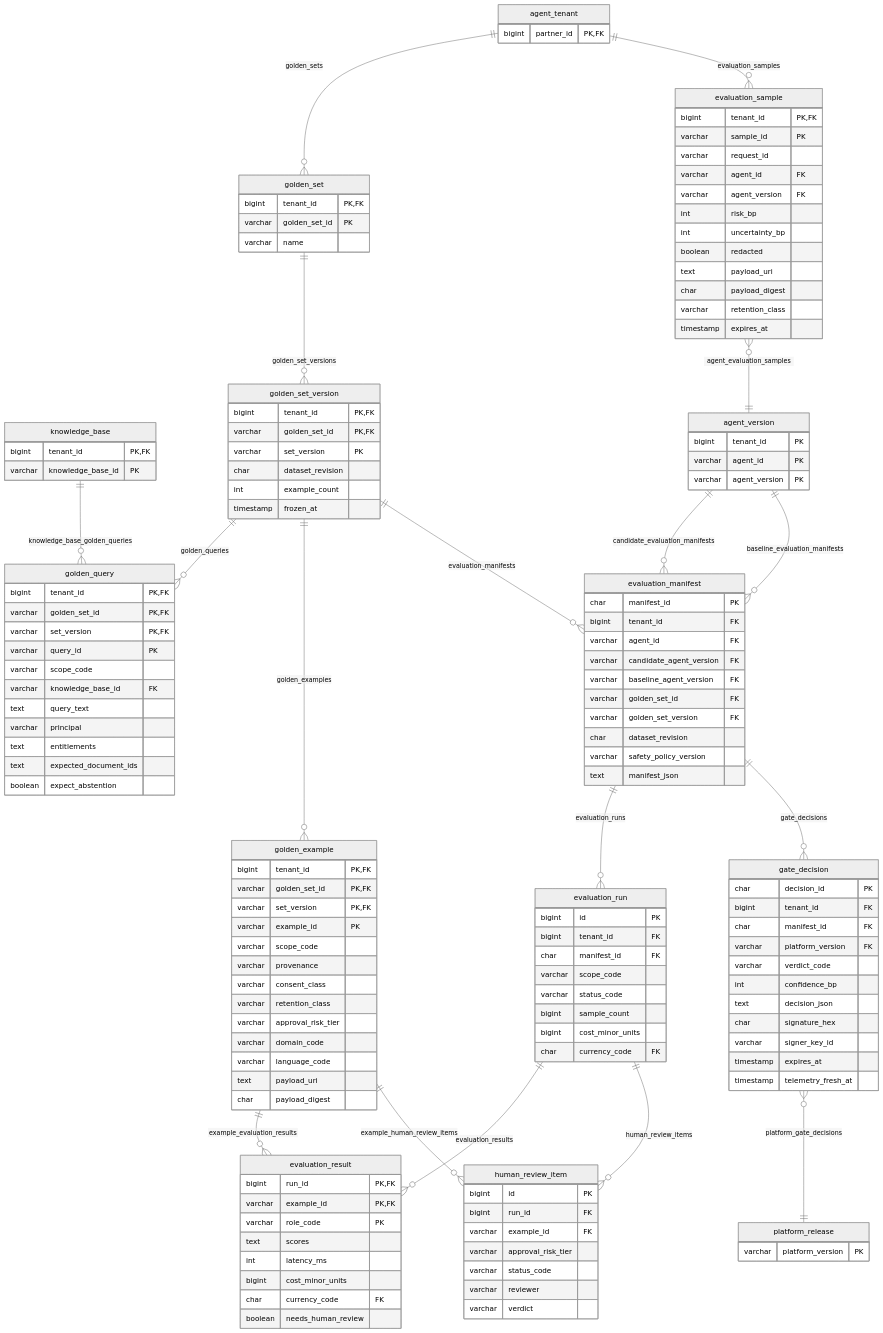
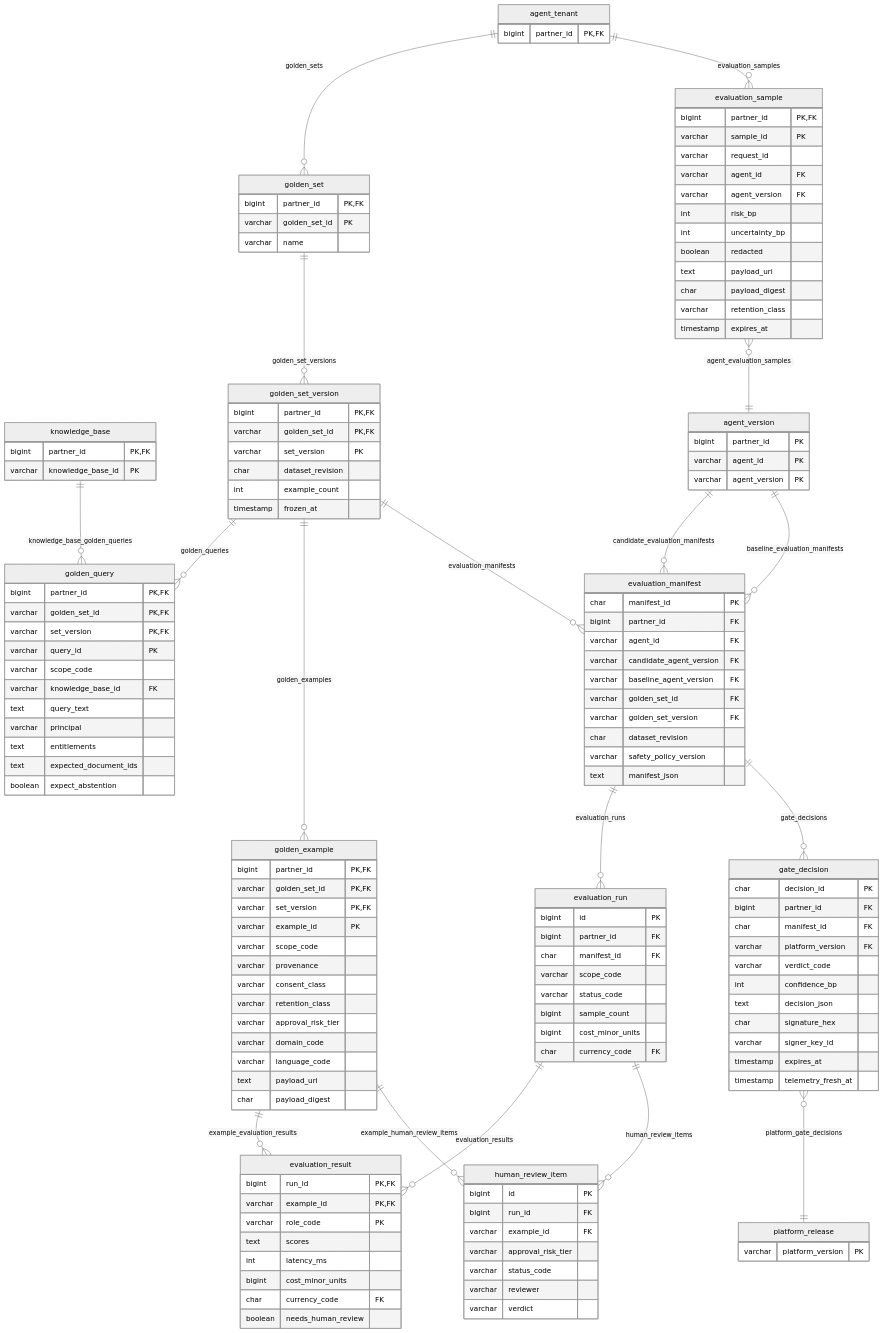
Before and after one commit to nauticana/scout: diagram 18 of 18 in doc/database.md, drawn with Mermaid (neutral theme). The commit also changed other lines of this file and 163 other files, not shown here.

Commit message:
Partner-scoped tenant tables, a registration catalog, tenant-aware tool listing

```diff
--- a/doc/database.md
+++ b/doc/database.md
@@ -1650,24 +1651,24 @@
         bigint partner_id PK,FK
     }
     agent_version {
-        bigint tenant_id PK
+        bigint partner_id PK
         varchar agent_id PK
         varchar agent_version PK
     }
     knowledge_base {
-        bigint tenant_id PK,FK
+        bigint partner_id PK,FK
         varchar knowledge_base_id PK
     }
     platform_release {
         varchar platform_version PK
     }
     golden_set {
-        bigint tenant_id PK,FK
+        bigint partner_id PK,FK
         varchar golden_set_id PK
         varchar name
     }
     golden_set_version {
-        bigint tenant_id PK,FK
+        bigint partner_id PK,FK
         varchar golden_set_id PK,FK
         varchar set_version PK
         char dataset_revision
@@ -1675,7 +1676,7 @@
         timestamp frozen_at
     }
     golden_example {
-        bigint tenant_id PK,FK
+        bigint partner_id PK,FK
         varchar golden_set_id PK,FK
         varchar set_version PK,FK
         varchar example_id PK
@@ -1690,7 +1691,7 @@
         char payload_digest
     }
     golden_query {
-        bigint tenant_id PK,FK
+        bigint partner_id PK,FK
         varchar golden_set_id PK,FK
         varchar set_version PK,FK
         varchar query_id PK
@@ -1704,7 +1705,7 @@
     }
     evaluation_manifest {
         char manifest_id PK
-        bigint tenant_id FK
+        bigint partner_id FK
         varchar agent_id FK
         varchar candidate_agent_version FK
         varchar baseline_agent_version FK
@@ -1716,7 +1717,7 @@
     }
     evaluation_run {
         bigint id PK
-        bigint tenant_id FK
+        bigint partner_id FK
         char manifest_id FK
         varchar scope_code
         varchar status_code
@@ -1736,7 +1737,7 @@
     }
     gate_decision {
         char decision_id PK
-        bigint tenant_id FK
+        bigint partner_id FK
         char manifest_id FK
         varchar platform_version FK
         varchar verdict_code
@@ -1757,7 +1758,7 @@
         varchar verdict
     }
     evaluation_sample {
-        bigint tenant_id PK,FK
+        bigint partner_id PK,FK
         varchar sample_id PK
         varchar request_id
         varchar agent_id FK
```
